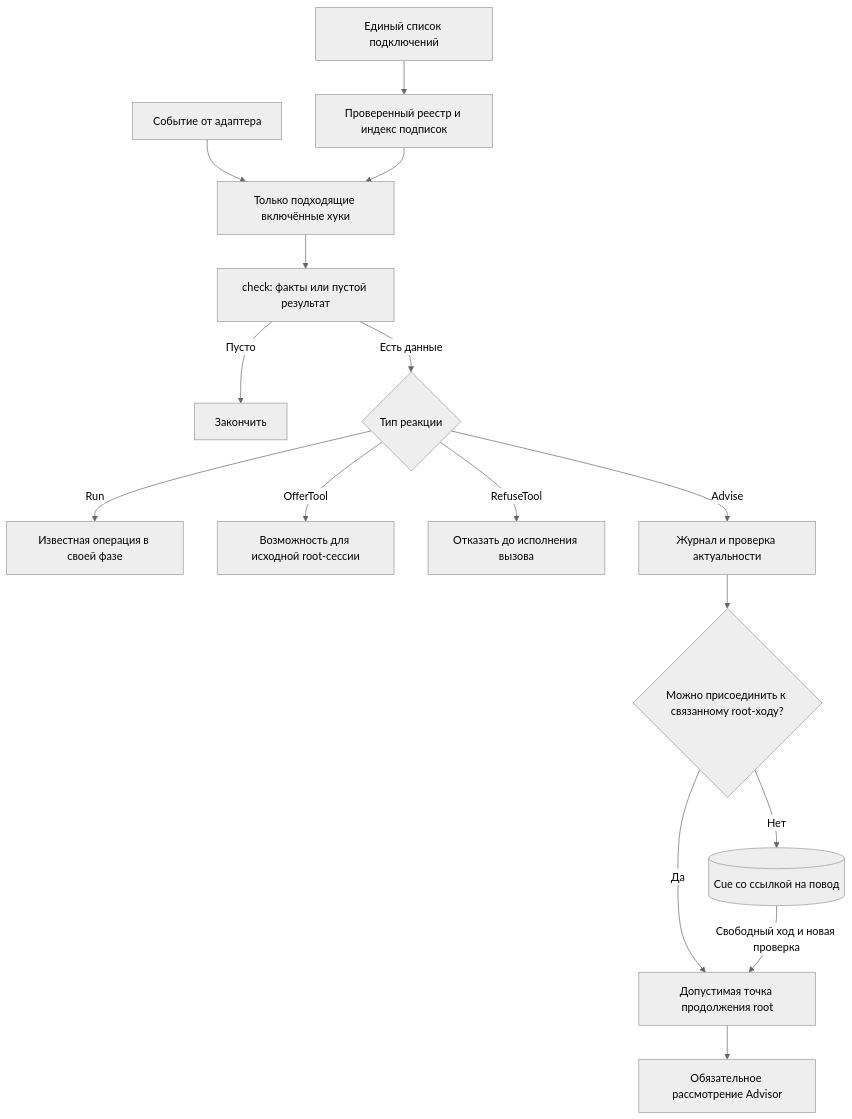
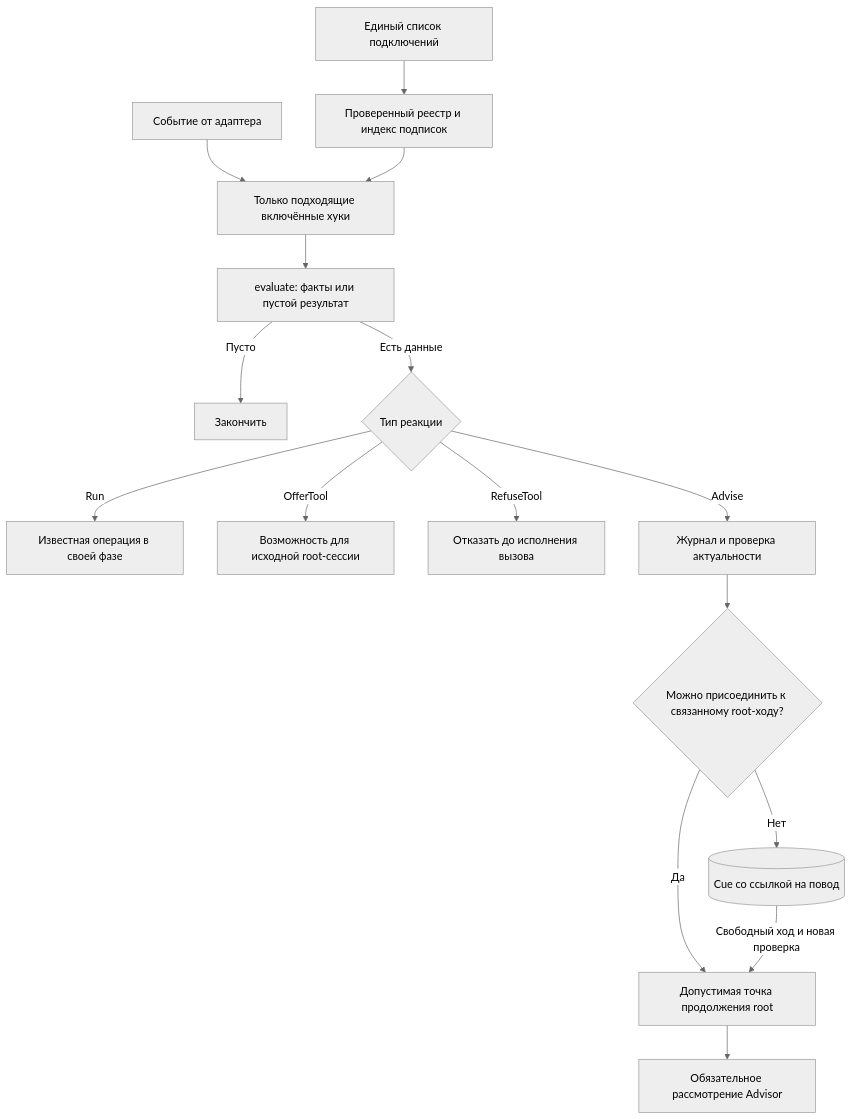
Before and after one commit to myvaheed/tg-ai-safwa: the first of 5 diagrams in docs/HOOK_ARCH.md, drawn with Mermaid (neutral theme). The commit also changed other lines of this file and 42 other files, not shown here.

````diff
--- a/docs/HOOK_ARCH.md
+++ b/docs/HOOK_ARCH.md
@@ -236,18 +263,18 @@
 ```mermaid
 flowchart TD
     A["Единый список подключений"] --> B["Проверенный реестр и индекс подписок"]
     C["Событие от адаптера"] --> D["Только подходящие включённые хуки"]
     B --> D
-    D --> E["check: факты или пустой результат"]
+    D --> E["evaluate: факты или пустой результат"]
     E -->|Пусто| Z["Закончить"]
     E -->|Есть данные| F{"Тип реакции"}
     F -->|Run| G["Известная операция в своей фазе"]
     F -->|OfferTool| H["Возможность для исходной root-сессии"]
     F -->|RefuseTool| I["Отказать до исполнения вызова"]
     F -->|Advise| J["Журнал и проверка актуальности"]
     J --> K{"Можно присоединить к связанному root-ходу?"}
     K -->|Да| L["Допустимая точка продолжения root"]
     K -->|Нет| M[("Cue со ссылкой на повод")]
     M -->|Свободный ход и новая проверка| L
     L --> N["Обязательное рассмотрение Advisor"]
 ```
````
